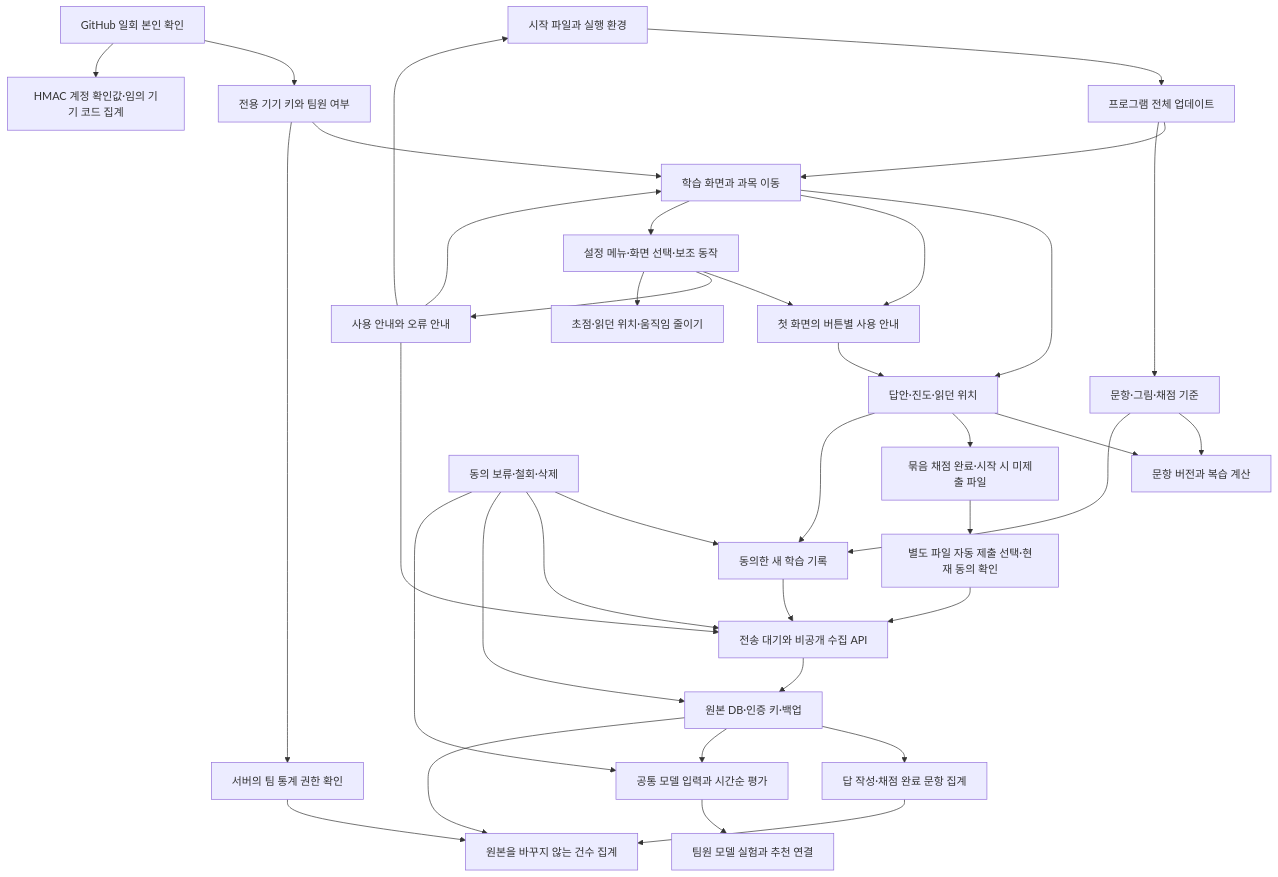
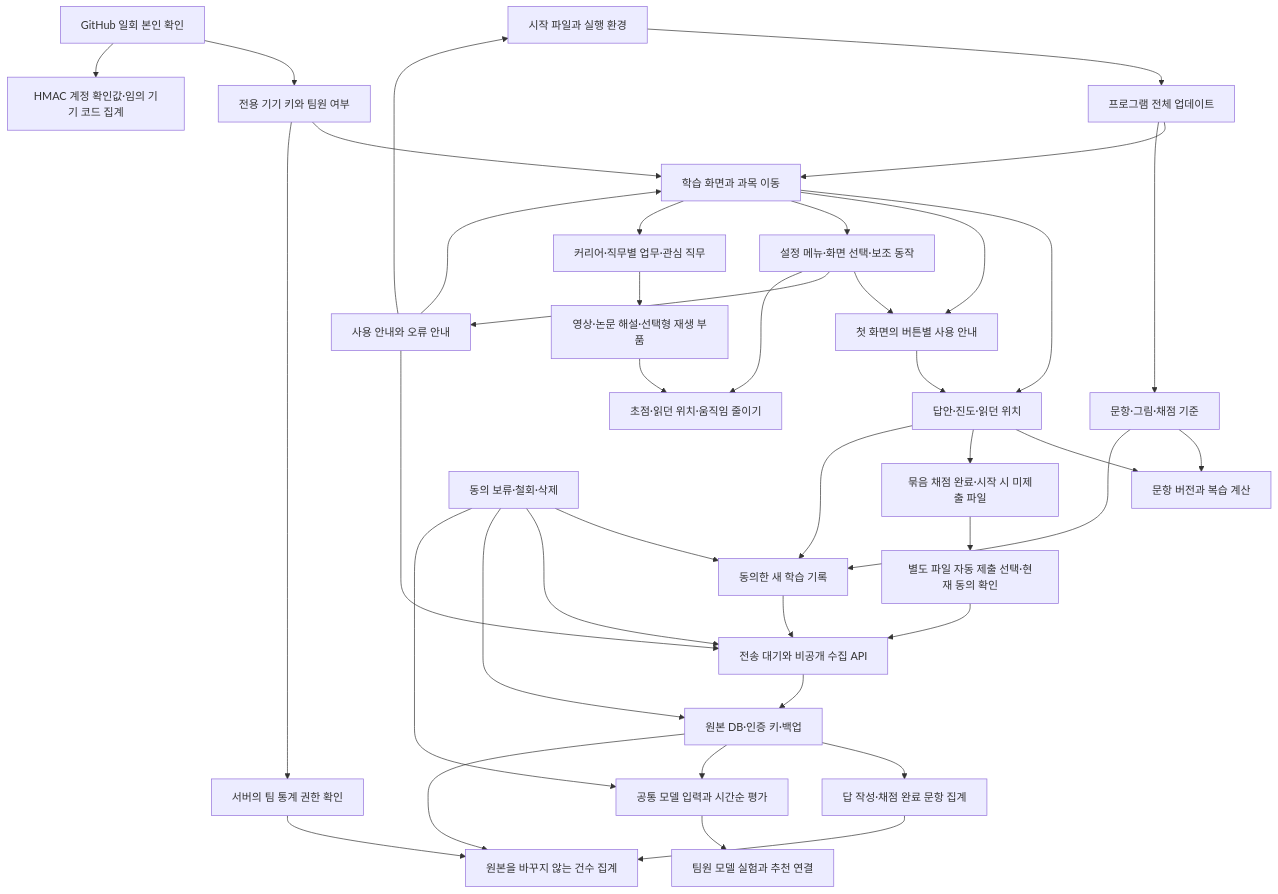
One commit to WaterMinCho/programming-study changed the diagram in docs/CHANGE_IMPACT.md. Above: the diagram before and after it, drawn with Mermaid. The commit also changed other lines of this file and 36 other files, not shown here.

````diff
--- a/docs/CHANGE_IMPACT.md
+++ b/docs/CHANGE_IMPACT.md
@@ -5,39 +5,42 @@
 ```mermaid
 flowchart TD
     A[시작 파일과 실행 환경] --> B[프로그램 전체 업데이트]
     B --> C[학습 화면과 과목 이동]
     B --> D[문항·그림·채점 기준]
     C --> E[답안·진도·읽던 위치]
     D --> F[문항 버전과 복습 계산]
     E --> F
     E --> T[묶음 채점 완료·시작 시 미제출 파일]
     T --> U[별도 파일 자동 제출 선택·현재 동의 확인]
     U --> H
     E --> G[동의한 새 학습 기록]
     D --> G
     G --> H[전송 대기와 비공개 수집 API]
     H --> I[원본 DB·인증 키·백업]
     I --> V[답 작성·채점 완료 문항 집계]
     V --> Q
     I --> J[공통 모델 입력과 시간순 평가]
     J --> K[팀원 모델 실험과 추천 연결]
     L[동의 보류·철회·삭제] --> G
     L --> H
     L --> I
     L --> J
     M[사용 안내와 오류 안내] --> A
     M --> C
     M --> H
     N[GitHub 일회 본인 확인] --> O[전용 기기 키와 팀원 여부]
     N --> R[HMAC 계정 확인값·임의 기기 코드 집계]
     O --> C
     C --> S[첫 화면의 버튼별 사용 안내]
     S --> E
     C --> W[설정 메뉴·화면 선택·보조 동작]
     W --> S
     W --> M
     W --> X[초점·읽던 위치·움직임 줄이기]
+    C --> Y[커리어·직무별 업무·관심 직무]
+    Y --> Z[영상·논문 해설·선택형 재생 부품]
+    Z --> X
     O --> P[서버의 팀 통계 권한 확인]
     I --> Q[원본을 바꾸지 않는 건수 집계]
     P --> Q
 ```
````
